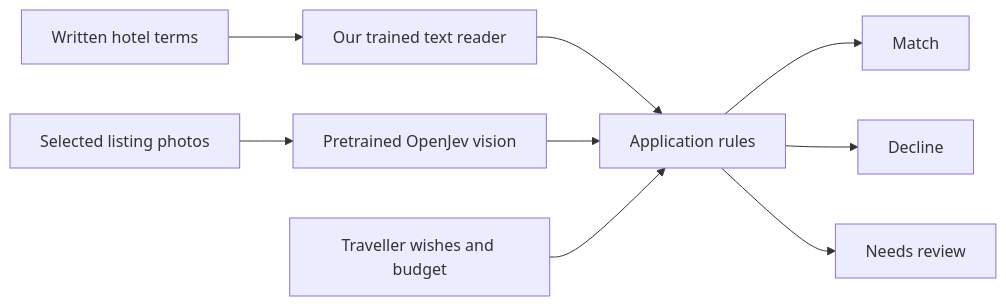
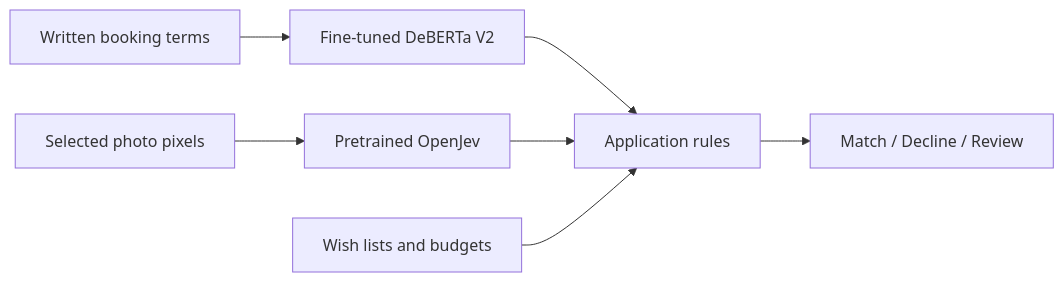
The diagram in README.md (earlyaidopters/away-together), drawn with Mermaid before and after one commit. The commit also changed other lines of this file and 57 other files, not shown here.

````diff
--- a/README.md
+++ b/README.md
@@ -17,11 +101,9 @@
 ```mermaid
 flowchart LR
-  T[Written hotel terms] --> R[Our trained text reader]
-  P[Selected listing photos] --> V[Pretrained OpenJev vision]
-  R --> A[Application rules]
-  V --> A
-  W[Traveller wishes and budget] --> A
-  A --> M[Match]
-  A --> D[Decline]
-  A --> Q[Needs review]
+  T[Written booking terms] --> N[Fine-tuned DeBERTa V2]
+  P[Selected photo pixels] --> V[Pretrained OpenJev]
+  N --> R[Application rules]
+  V --> R
+  W[Wish lists and budgets] --> R
+  R --> M[Match / Decline / Review]
 ```
````
